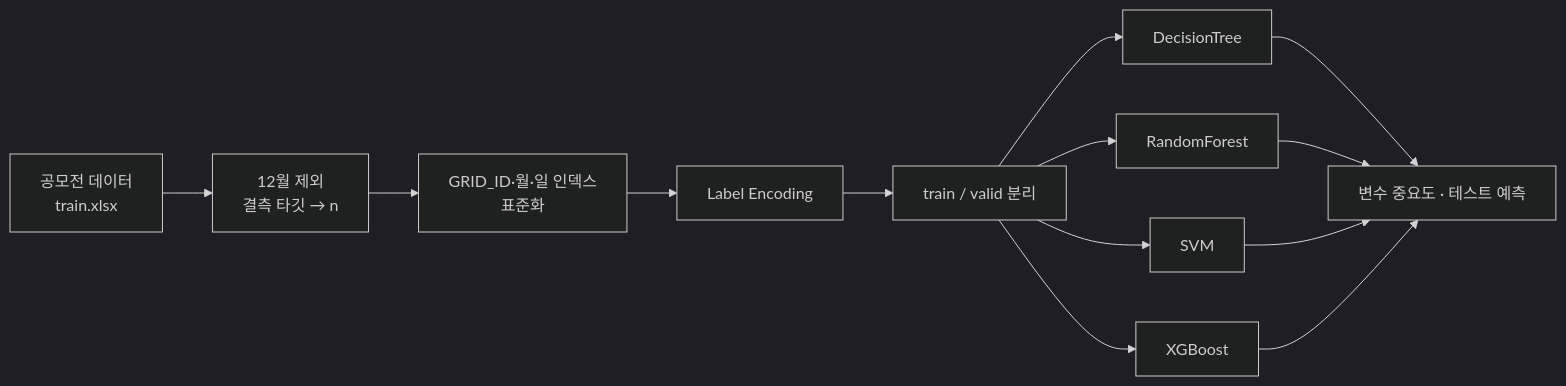
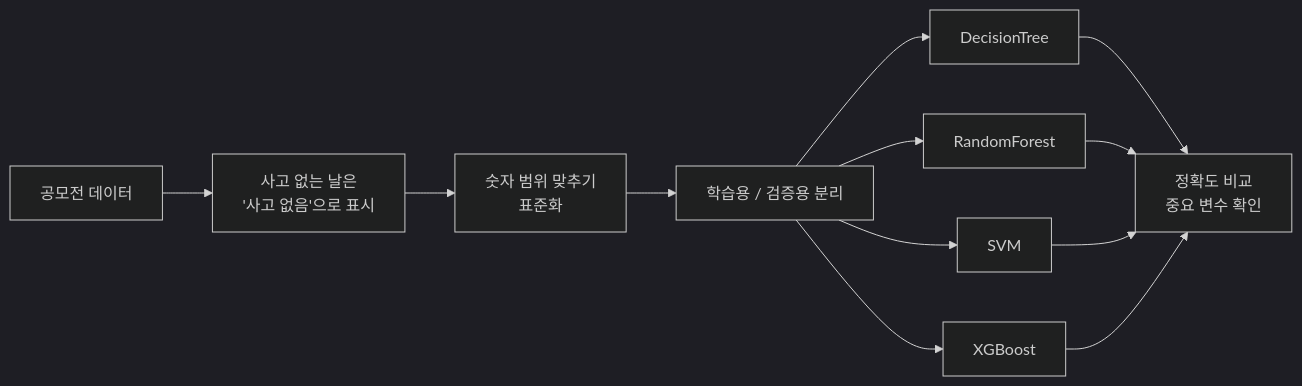
One commit to mjk022/portfolio changed the diagram in 소방안전공모전/README.md. Above: the diagram before and after it, drawn with Mermaid (dark theme). The commit also changed other lines of this file and 8 other files, not shown here.

````diff
--- a/소방안전공모전/README.md
+++ b/소방안전공모전/README.md
@@ -13,12 +35,11 @@
 ```mermaid
 flowchart LR
-    A[공모전 데이터<br/>train.xlsx] --> B[12월 제외<br/>결측 타깃 → n]
-    B --> C[GRID_ID·월·일 인덱스<br/>표준화]
-    C --> D[Label Encoding]
-    D --> E[train / valid 분리]
-    E --> F1[DecisionTree]
-    E --> F2[RandomForest]
-    E --> F3[SVM]
-    E --> F4[XGBoost]
-    F1 & F2 & F3 & F4 --> G[변수 중요도 · 테스트 예측]
+    A[공모전 데이터] --> B[사고 없는 날은<br/>'사고 없음'으로 표시]
+    B --> C[숫자 범위 맞추기<br/>표준화]
+    C --> D[학습용 / 검증용 분리]
+    D --> F1[DecisionTree]
+    D --> F2[RandomForest]
+    D --> F3[SVM]
+    D --> F4[XGBoost]
+    F1 & F2 & F3 & F4 --> G[정확도 비교<br/>중요 변수 확인]
 ```
````
